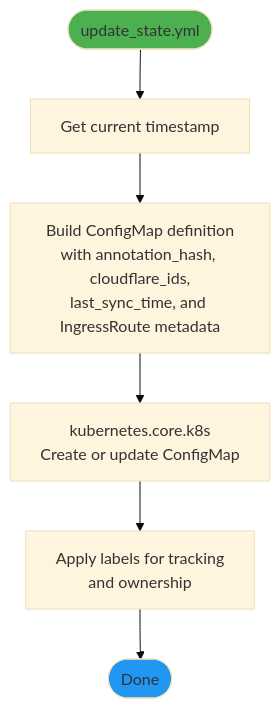
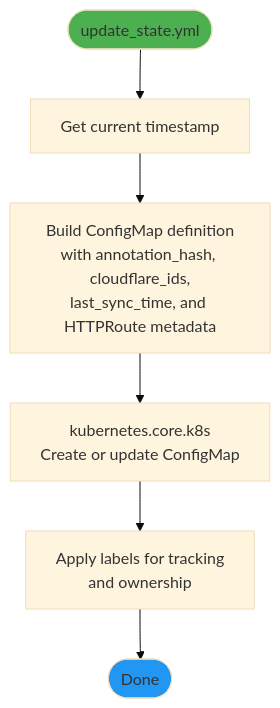
One commit to wheetazlab/cloudflare-zero-trust-operator changed the eighth of 20 diagrams in docs/flow.md. Above: the diagram before and after it, drawn with Mermaid (base theme). The commit also changed other lines of this file and 24 other files, not shown here.

````diff
--- a/docs/flow.md
+++ b/docs/flow.md
@@ -597,15 +597,15 @@
 ```mermaid
 flowchart TD
     START([update_state.yml]) --> TIMESTAMP[Get current timestamp]
     
-    TIMESTAMP --> BUILD["Build ConfigMap definition<br/>with annotation_hash, cloudflare_ids,<br/>last_sync_time, and IngressRoute metadata"]
+    TIMESTAMP --> BUILD["Build ConfigMap definition<br/>with annotation_hash, cloudflare_ids,<br/>last_sync_time, and HTTPRoute metadata"]
     
     BUILD --> CREATE["kubernetes.core.k8s<br/>Create or update ConfigMap"]
     
     CREATE --> LABELS["Apply labels for tracking<br/>and ownership"]
     
     LABELS --> END([Done])
     
     style START fill:#4CAF50
     style END fill:#2196F3
 ```
````
